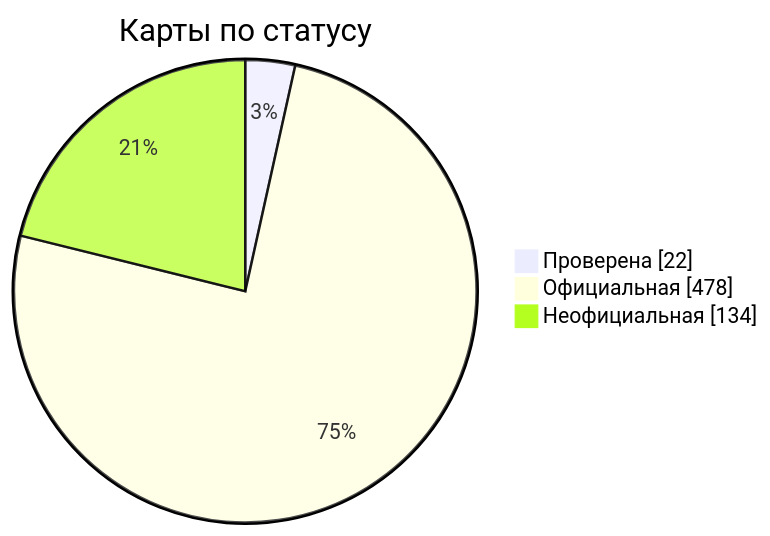
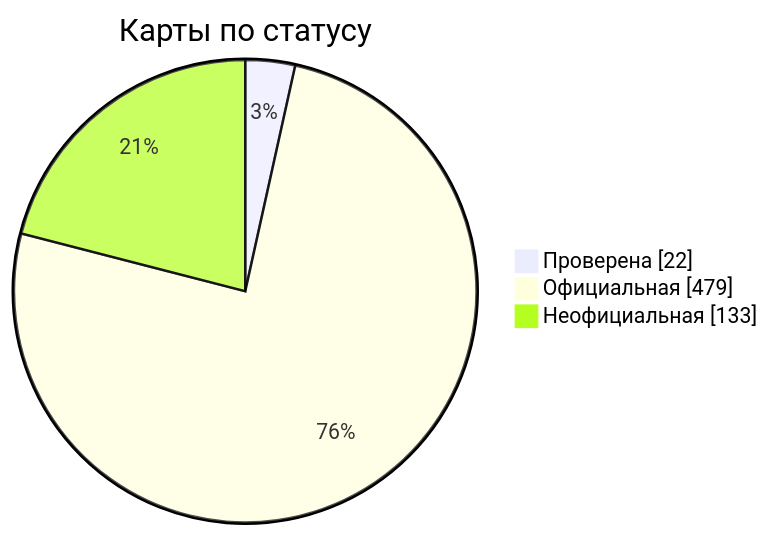
One commit to nobrega8/mbmap-library changed the diagram in docs/readme/README_RU.md. Above: the diagram before and after it, drawn with Mermaid. The commit also changed 6 other files, not shown here.

````diff
--- a/docs/readme/README_RU.md
+++ b/docs/readme/README_RU.md
@@ -54,7 +54,7 @@
 ```mermaid
 pie showData
     title Карты по статусу
     "Проверена" : 22
-    "Официальная" : 478
-    "Неофициальная" : 134
+    "Официальная" : 479
+    "Неофициальная" : 133
 ```
````
